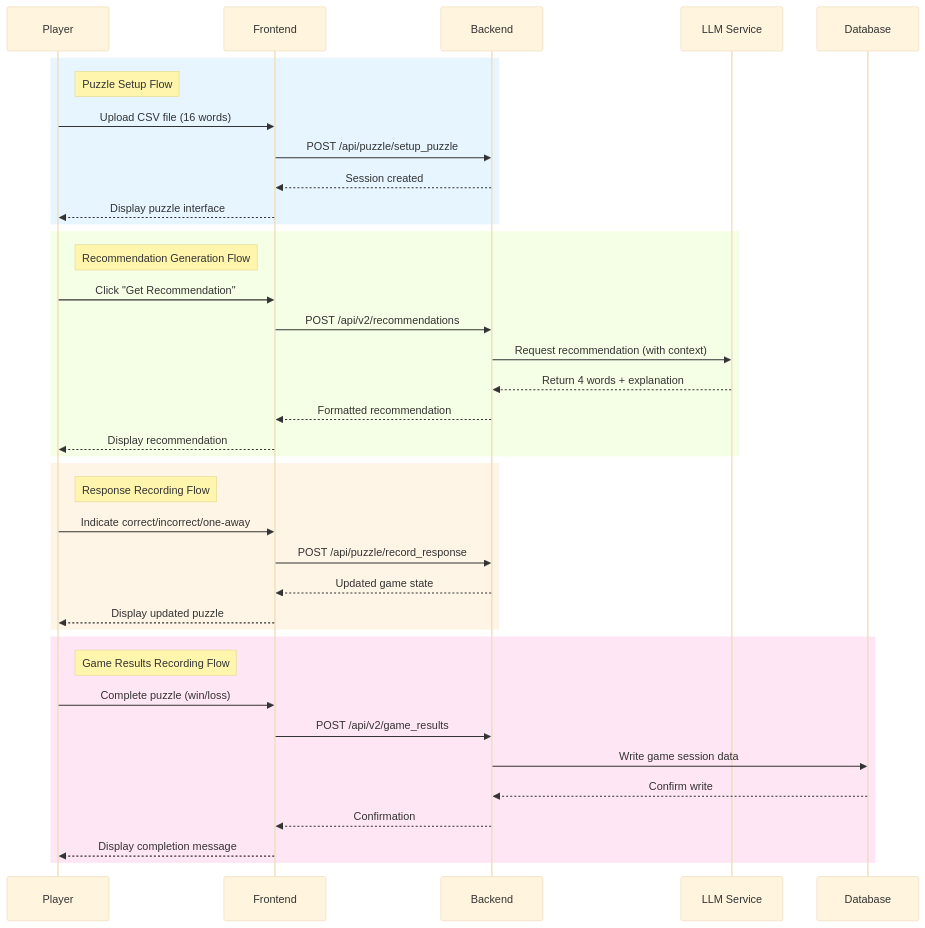
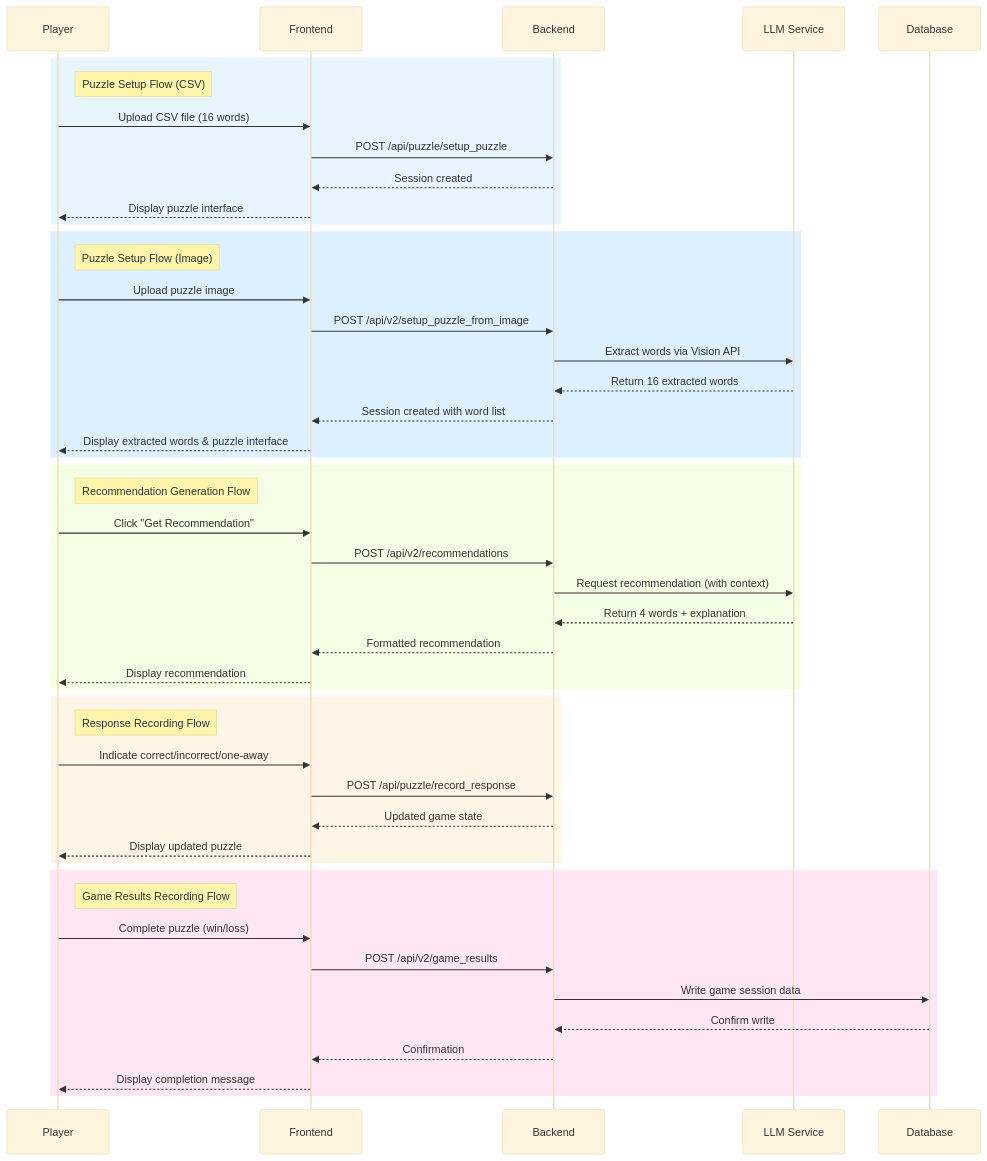
Before and after one commit to jimthompson5802/sdd_connection_solver2: the second of 2 diagrams in docs/diagrams/connection_solver_architecture.md, drawn with Mermaid (base theme).

Commit message:
DOCS: Add missing image puzzle setup flow to architecture diagram

````diff
--- a/docs/diagrams/connection_solver_architecture.md
+++ b/docs/diagrams/connection_solver_architecture.md
@@ -77,48 +77,59 @@
 ```mermaid
 sequenceDiagram
     participant P as Player
     participant F as Frontend
     participant B as Backend
     participant L as LLM Service
     participant D as Database
 
     %% Puzzle Setup Flow
     rect rgb(230, 245, 255)
-        note right of P: Puzzle Setup Flow
+        note right of P: Puzzle Setup Flow (CSV)
         P->>F: Upload CSV file (16 words)
         F->>B: POST /api/puzzle/setup_puzzle
         B-->>F: Session created
         F-->>P: Display puzzle interface
+    end
+
+    %% Image Puzzle Setup Flow
+    rect rgb(220, 240, 255)
+        note right of P: Puzzle Setup Flow (Image)
+        P->>F: Upload puzzle image
+        F->>B: POST /api/v2/setup_puzzle_from_image
+        B->>L: Extract words via Vision API
+        L-->>B: Return 16 extracted words
+        B-->>F: Session created with word list
+        F-->>P: Display extracted words & puzzle interface
     end
 
     %% Recommendation Flow
     rect rgb(245, 255, 230)
         note right of P: Recommendation Generation Flow
         P->>F: Click "Get Recommendation"
         F->>B: POST /api/v2/recommendations
         B->>L: Request recommendation (with context)
         L-->>B: Return 4 words + explanation
         B-->>F: Formatted recommendation
         F-->>P: Display recommendation
     end
 
     %% Response Recording Flow
     rect rgb(255, 245, 230)
         note right of P: Response Recording Flow
         P->>F: Indicate correct/incorrect/one-away
         F->>B: POST /api/puzzle/record_response
         B-->>F: Updated game state
         F-->>P: Display updated puzzle
     end
 
     %% Game Results Flow
     rect rgb(255, 230, 245)
         note right of P: Game Results Recording Flow
         P->>F: Complete puzzle (win/loss)
         F->>B: POST /api/v2/game_results
         B->>D: Write game session data
         D-->>B: Confirm write
         B-->>F: Confirmation
         F-->>P: Display completion message
     end
 ```
````
